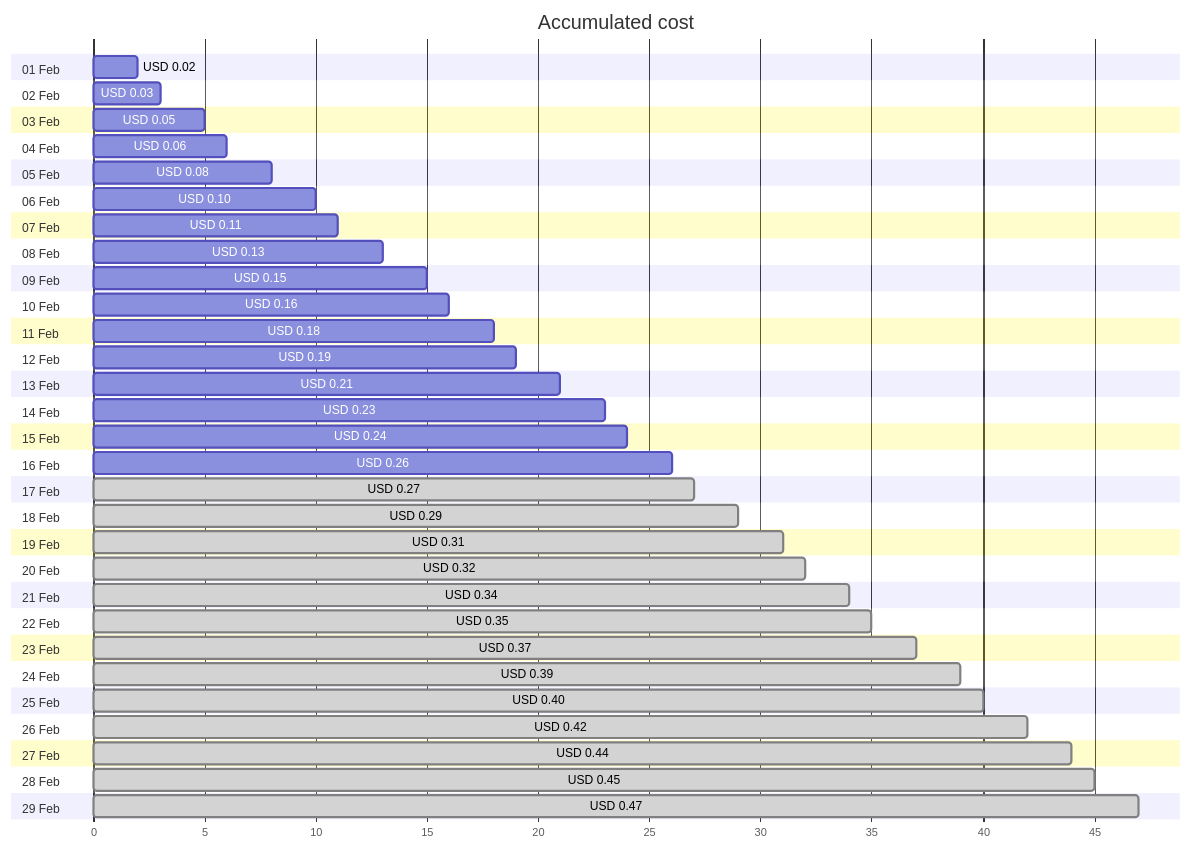
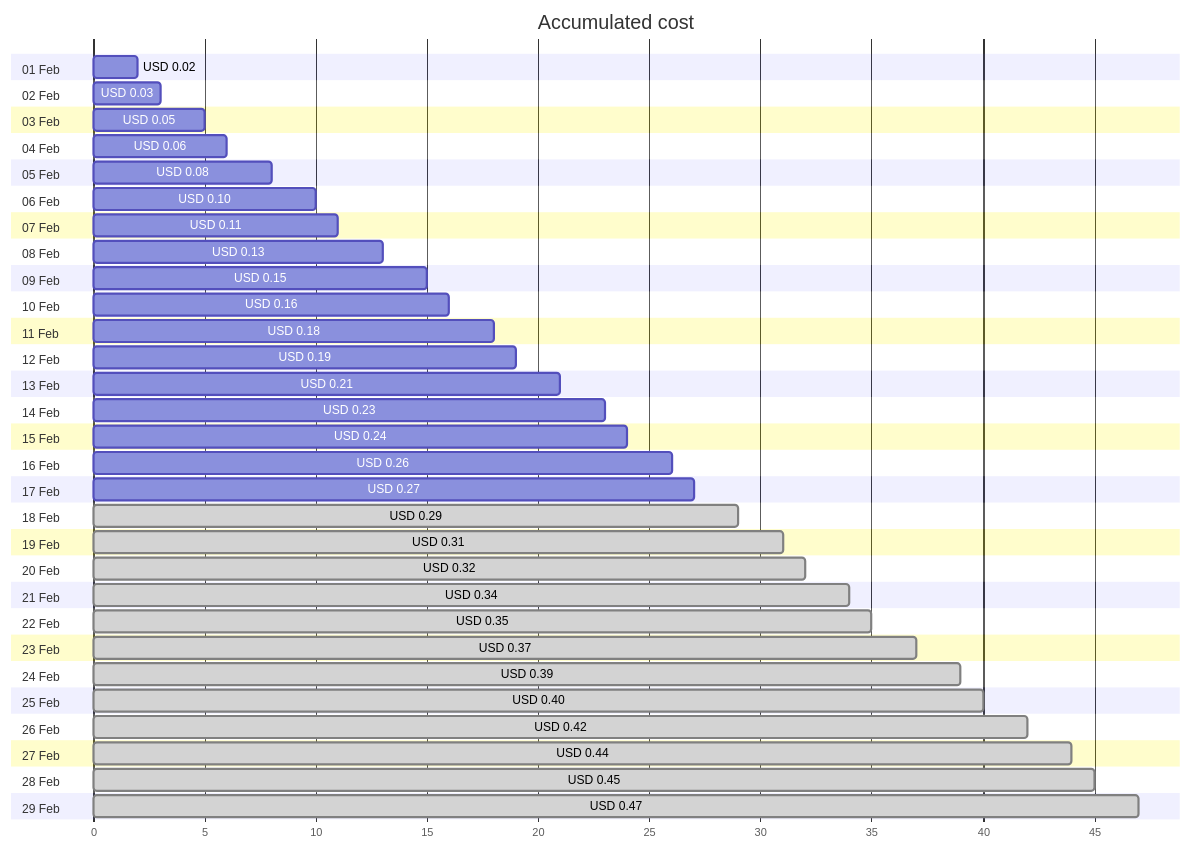
The first of 4 diagrams in cost-reports/personal-network/private.jpatrickfulton.com.md (jpfulton/azure-personal-reports), drawn with Mermaid before and after one commit. The commit also changed other lines of this file and 8 other files, not shown here.

````diff
--- a/cost-reports/personal-network/private.jpatrickfulton.com.md
+++ b/cost-reports/personal-network/private.jpatrickfulton.com.md
@@ -20,64 +20,64 @@
 ```mermaid
 gantt
    title Accumulated cost
    dateFormat  X
    axisFormat %s
    section 01 Feb
    USD 0.02 :0, 2
    section 02 Feb
    USD 0.03 :0, 3
    section 03 Feb
    USD 0.05 :0, 5
    section 04 Feb
    USD 0.06 :0, 6
    section 05 Feb
    USD 0.08 :0, 8
    section 06 Feb
    USD 0.10 :0, 10
    section 07 Feb
    USD 0.11 :0, 11
    section 08 Feb
    USD 0.13 :0, 13
    section 09 Feb
    USD 0.15 :0, 15
    section 10 Feb
    USD 0.16 :0, 16
    section 11 Feb
    USD 0.18 :0, 18
    section 12 Feb
    USD 0.19 :0, 19
    section 13 Feb
    USD 0.21 :0, 21
    section 14 Feb
    USD 0.23 :0, 23
    section 15 Feb
    USD 0.24 :0, 24
    section 16 Feb
    USD 0.26 :0, 26
    section 17 Feb
-   USD 0.27 : done, 0, 27
+   USD 0.27 :0, 27
    section 18 Feb
    USD 0.29 : done, 0, 29
    section 19 Feb
    USD 0.31 : done, 0, 31
    section 20 Feb
    USD 0.32 : done, 0, 32
    section 21 Feb
    USD 0.34 : done, 0, 34
    section 22 Feb
    USD 0.35 : done, 0, 35
    section 23 Feb
    USD 0.37 : done, 0, 37
    section 24 Feb
    USD 0.39 : done, 0, 39
    section 25 Feb
    USD 0.40 : done, 0, 40
    section 26 Feb
    USD 0.42 : done, 0, 42
    section 27 Feb
    USD 0.44 : done, 0, 44
    section 28 Feb
    USD 0.45 : done, 0, 45
    section 29 Feb
    USD 0.47 : done, 0, 47
 ```
````
